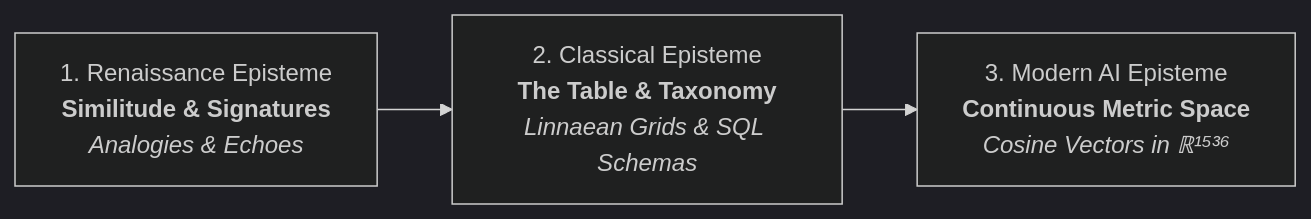
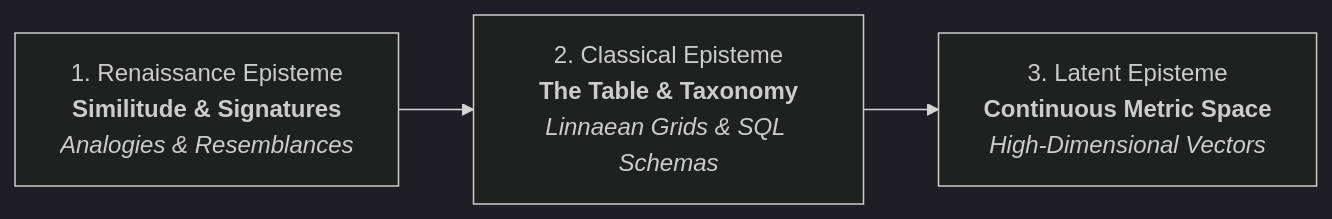
Before and after one commit to mynameisjpg/mynameisjpg: the second of 4 diagrams in _posts/2026-09-26-foucault-borges-vector-space.md, drawn with Mermaid (dark theme). The commit also changed other lines of this file and 2 other files, not shown here.

Commit message:
refactor(content): humanize Foucault & Borges essay with modern LLM architecture caveats

````diff
--- a/_posts/2026-09-26-foucault-borges-vector-space.md
+++ b/_posts/2026-09-26-foucault-borges-vector-space.md
@@ -97,4 +94,4 @@
 ```mermaid
 flowchart LR
-    E1["1. Renaissance Episteme<br/><b>Similitude & Signatures</b><br/><i>Analogies & Echoes</i>"] --> E2["2. Classical Episteme<br/><b>The Table & Taxonomy</b><br/><i>Linnaean Grids & SQL Schemas</i>"] --> E3["3. Modern AI Episteme<br/><b>Continuous Metric Space</b><br/><i>Cosine Vectors in ℝ¹⁵³⁶</i>"]
+    E1["1. Renaissance Episteme<br/><b>Similitude & Signatures</b><br/><i>Analogies & Resemblances</i>"] --> E2["2. Classical Episteme<br/><b>The Table & Taxonomy</b><br/><i>Linnaean Grids & SQL Schemas</i>"] --> E3["3. Latent Episteme<br/><b>Continuous Metric Space</b><br/><i>High-Dimensional Vectors</i>"]
 ```
````
